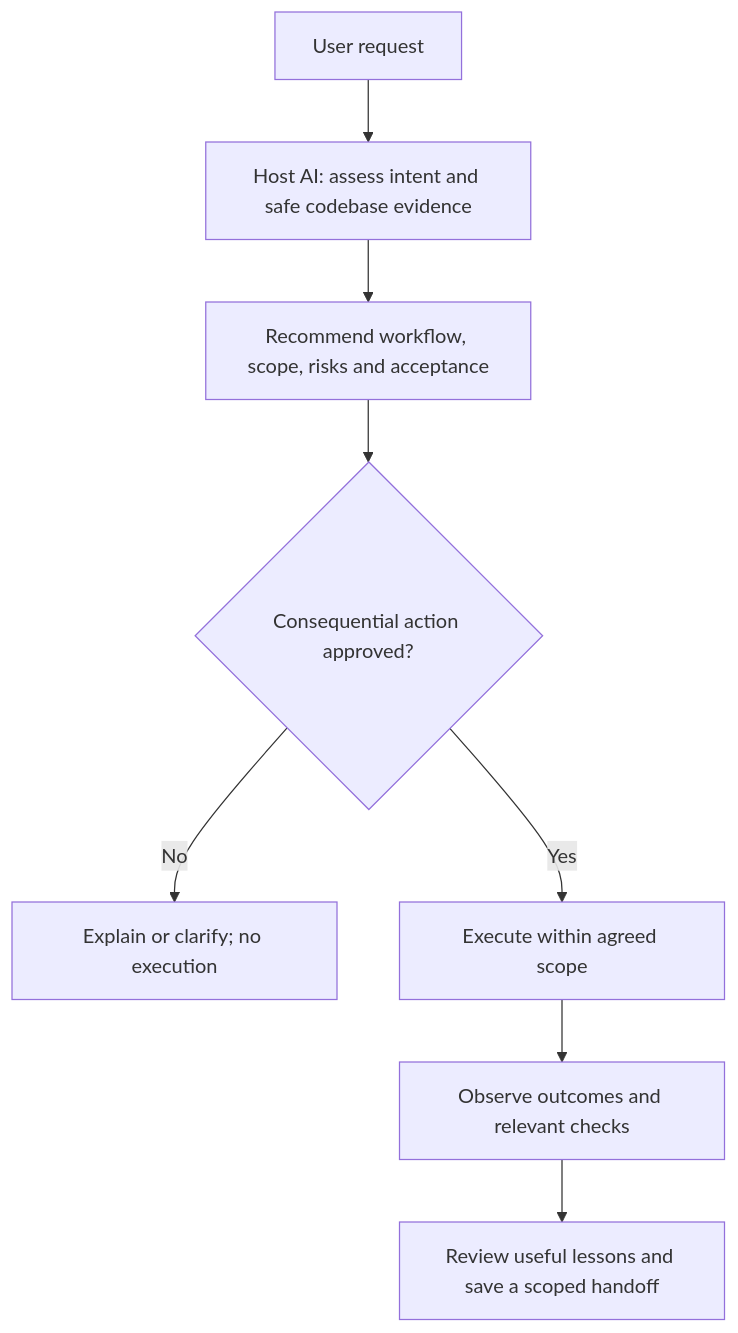
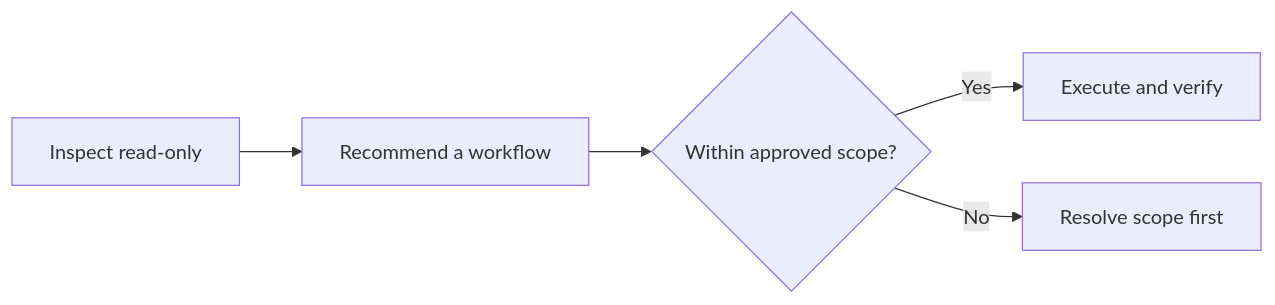
Before and after one commit to Boom-Vitt/aic: the diagram in README.md, drawn with Mermaid. The commit also changed other lines of this file and 47 other files, not shown here.

````diff
--- a/README.md
+++ b/README.md
@@ -43,10 +39,7 @@
 ```mermaid
-flowchart TD
-    Request[User request] --> Assess[Host AI: assess intent and safe codebase evidence]
-    Assess --> Recommend[Recommend workflow, scope, risks and acceptance]
-    Recommend --> Approval{Consequential action approved?}
-    Approval -->|No| Report[Explain or clarify; no execution]
-    Approval -->|Yes| Execute[Execute within agreed scope]
-    Execute --> Verify[Observe outcomes and relevant checks]
-    Verify --> Memory[Review useful lessons and save a scoped handoff]
+flowchart LR
+    Inspect[Inspect read-only] --> Recommend[Recommend a workflow]
+    Recommend --> Scope{Within approved scope?}
+    Scope -->|Yes| Verify[Execute and verify]
+    Scope -->|No| Clarify[Resolve scope first]
 ```
````
